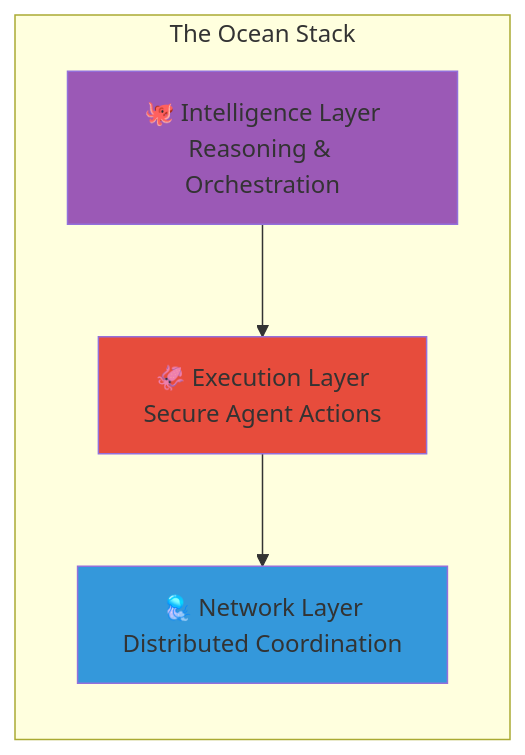
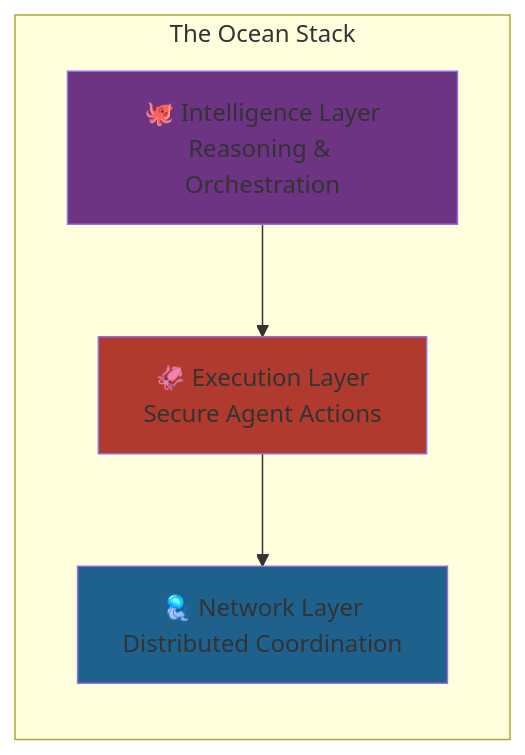
Before and after one commit to CipherOcto/cipherocto: the first of 10 diagrams in docs/03-technology/system-architecture.md, drawn with Mermaid. The commit also changed other lines of this file and 13 other files, not shown here.

First line of the commit message:
Improve Mermaid diagram accessibility: Fix color contrast

````diff
--- a/docs/03-technology/system-architecture.md
+++ b/docs/03-technology/system-architecture.md
@@ -7,15 +7,15 @@
 ```mermaid
 graph TB
     subgraph OCEAN["The Ocean Stack"]
         direction TB
         INTELLIGENCE["🐙 Intelligence Layer<br/>Reasoning & Orchestration"]
         EXECUTION["🦑 Execution Layer<br/>Secure Agent Actions"]
         NETWORK["🪼 Network Layer<br/>Distributed Coordination"]
     end
 
     INTELLIGENCE --> EXECUTION --> NETWORK
 
-    style INTELLIGENCE fill:#9b59b6
-    style EXECUTION fill:#e74c3c
-    style NETWORK fill:#3498db
+    style INTELLIGENCE fill:#6c3483
+    style EXECUTION fill:#b03a2e
+    style NETWORK fill:#1f618d
 ```
````
